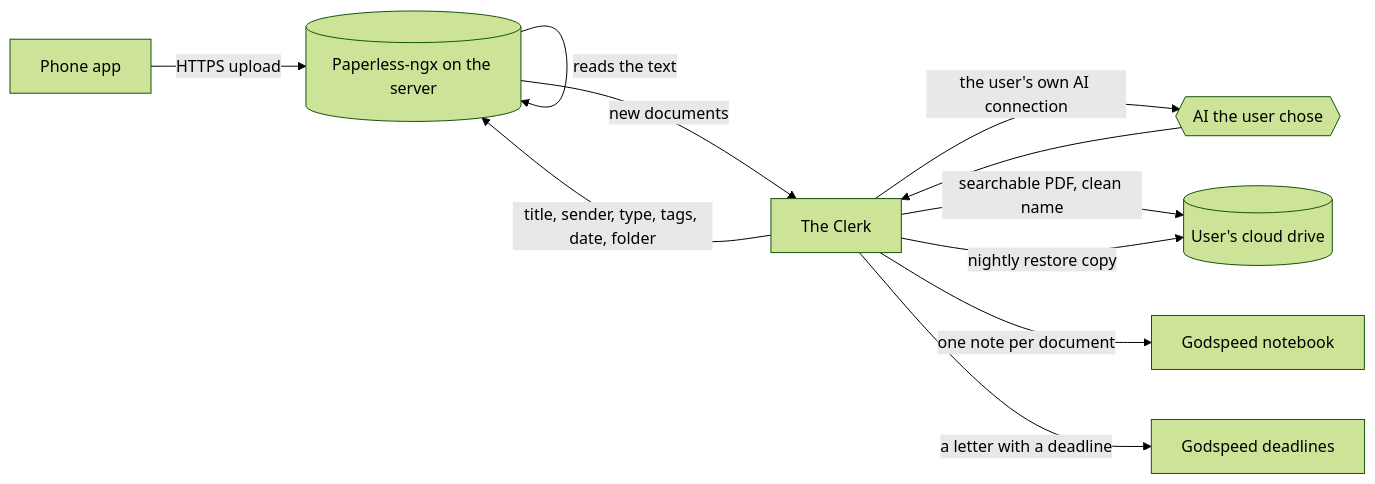
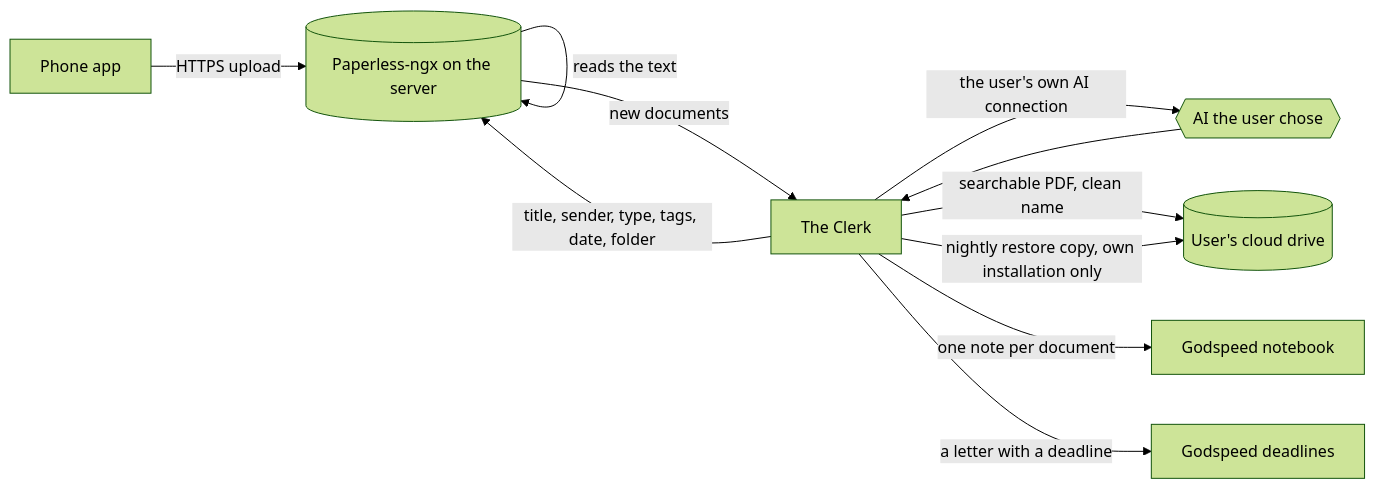
The diagram in docs/proposals/paperless-addon.md (MichaelZelbel/godspeed-mission-control), drawn with Mermaid (forest theme) before and after one commit. The commit also changed other lines of this file, not shown here.

````diff
--- a/docs/proposals/paperless-addon.md
+++ b/docs/proposals/paperless-addon.md
@@ -102,13 +119,13 @@
 ```mermaid
 flowchart LR
   P[Phone app] -->|HTTPS upload| PL[(Paperless-ngx on the server)]
   PL -->|reads the text| PL
   PL -->|new documents| G[The Clerk]
   G -->|the user's own AI connection| AI{{AI the user chose}}
   AI --> G
   G -->|title, sender, type, tags, date, folder| PL
   G -->|searchable PDF, clean name| CD[(User's cloud drive)]
-  G -->|nightly restore copy| CD
+  G -->|nightly restore copy, own installation only| CD
   G -->|one note per document| N[Godspeed notebook]
   G -->|a letter with a deadline| D[Godspeed deadlines]
 ```
````
